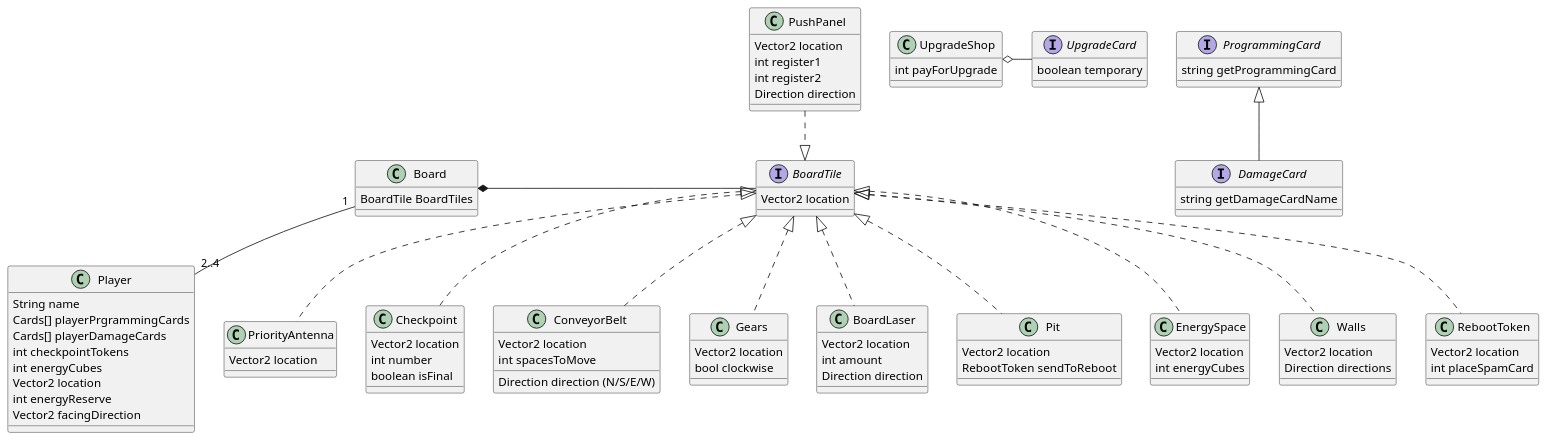
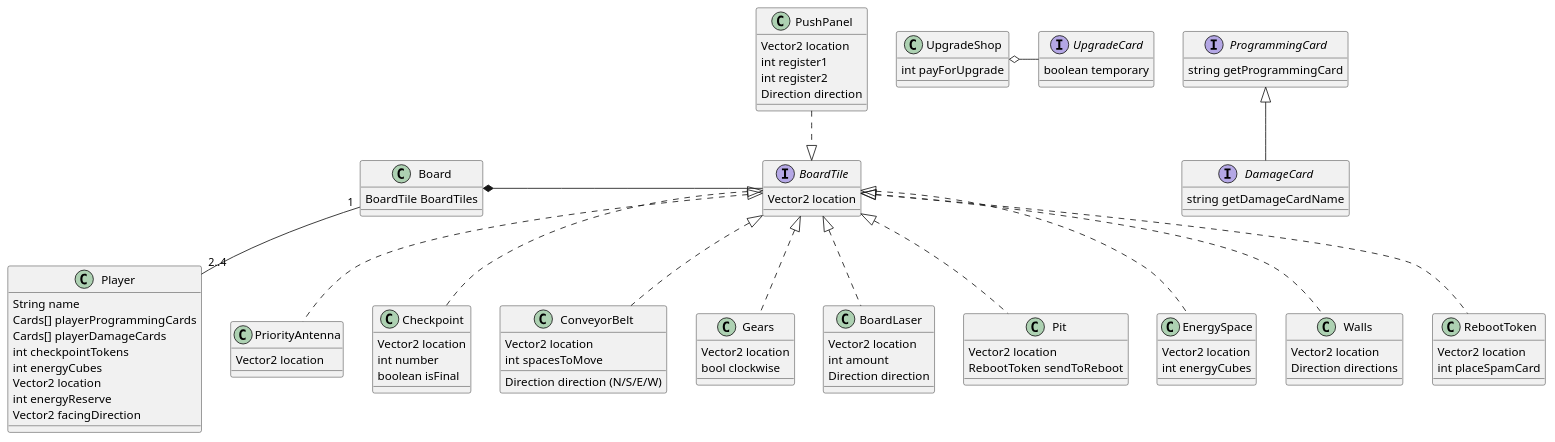
Before and after one commit to nikguin04/RoboRally: the diagram in etc/domain.pu, drawn with PlantUML. The commit also changed 18 other files, not shown here.

```diff
--- a/etc/domain.pu
+++ b/etc/domain.pu
@@ -1,87 +1,87 @@
 @startuml
 
 class Player {
     String name
-    Cards[] playerPrgrammingCards
+    Cards[] playerProgrammingCards
     Cards[] playerDamageCards
     int checkpointTokens
     int energyCubes
     Vector2 location
     int energyReserve
     Vector2 facingDirection
 }
 
 class Board {
     BoardTile BoardTiles
 }
 Board *- BoardTile
 Board "1" -- "2..4" Player
 
 interface BoardTile {
     Vector2 location
 }
 
 class RebootToken implements BoardTile {
     Vector2 location
     int placeSpamCard
 }
 class PriorityAntenna implements BoardTile {
     Vector2 location
  }
 class Checkpoint implements BoardTile {
     Vector2 location
     int number
     boolean isFinal
 }
 class ConveyorBelt implements BoardTile {
     Vector2 location
     int spacesToMove
     Direction direction (N/S/E/W)
 }
 class PushPanel {
     Vector2 location
     int register1
     int register2
     Direction direction
 }
 BoardTile <|.up. PushPanel
 class Gears implements BoardTile {
     Vector2 location
     bool clockwise
 }
 class BoardLaser implements BoardTile {
     Vector2 location
     int amount
     Direction direction
 }
 class Pit implements BoardTile {
     Vector2 location
     RebootToken sendToReboot
 }
 class EnergySpace implements BoardTile {
     Vector2 location
     int energyCubes
 }
 class Walls implements BoardTile {
     Vector2 location
     Direction directions
 }
 
 class UpgradeShop {
     int payForUpgrade
 }
 UpgradeShop o- UpgradeCard
 
 interface ProgrammingCard {
     string getProgrammingCard
 }
 
 interface DamageCard implements ProgrammingCard {
     string getDamageCardName
 }
 
 interface UpgradeCard {
     boolean temporary
 }
 
 @enduml
```
